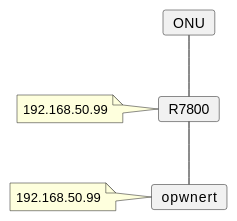
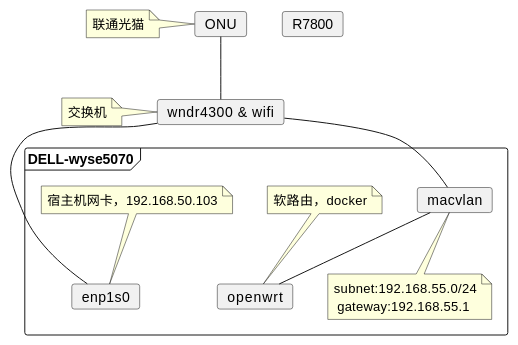
The diagram in content/post/archive-3/2020-04-26-软路由.md (wiloon/blog), drawn with PlantUML before and after one commit. The commit also changed other lines of this file and 17 other files, not shown here.

````diff
--- a/content/post/archive-3/2020-04-26-软路由.md
+++ b/content/post/archive-3/2020-04-26-软路由.md
@@ -17,15 +13,28 @@
 ```puml
 @startuml
+card ONU as onu
+note left: 联通光猫
+card "wndr4300 & wifi" as switch
+note left: 交换机
 
-card ONU as onu
-card R7800 as switch
-note left: 192.168.50.99
-card opwnert as router
-note left: 192.168.50.99
+frame DELL-wyse5070{
+    card enp1s0
+    note top: 宿主机网卡，192.168.50.103
+
+    card macvlan as router_macvlan
+    note bottom: subnet:192.168.55.0/24\n gateway:192.168.55.1
+
+    card openwrt as router
+    note top: 软路由，docker
+}
+
+
+card R7800
+
 
 onu -- switch
-switch -- router
-
-
+switch -- enp1s0
+switch -- router_macvlan
+router_macvlan -- router
 @enduml
 ```
````
